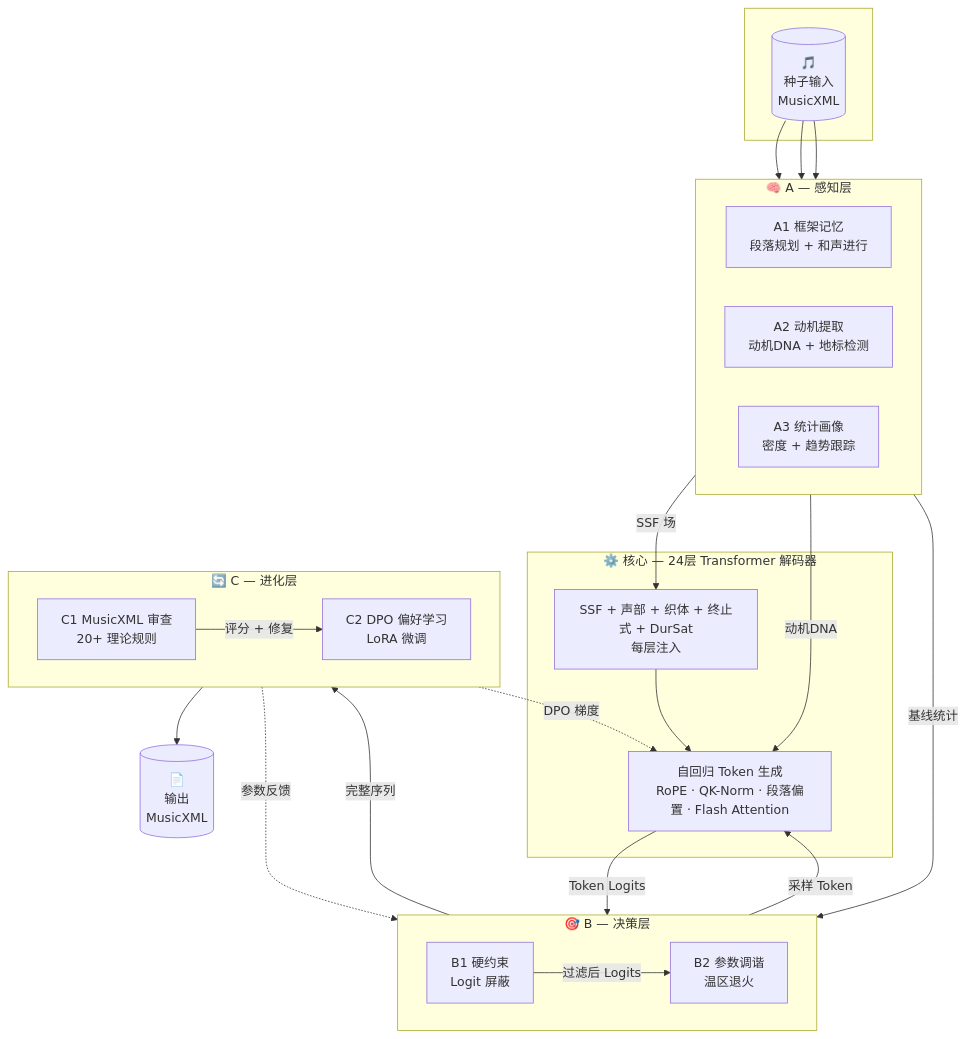
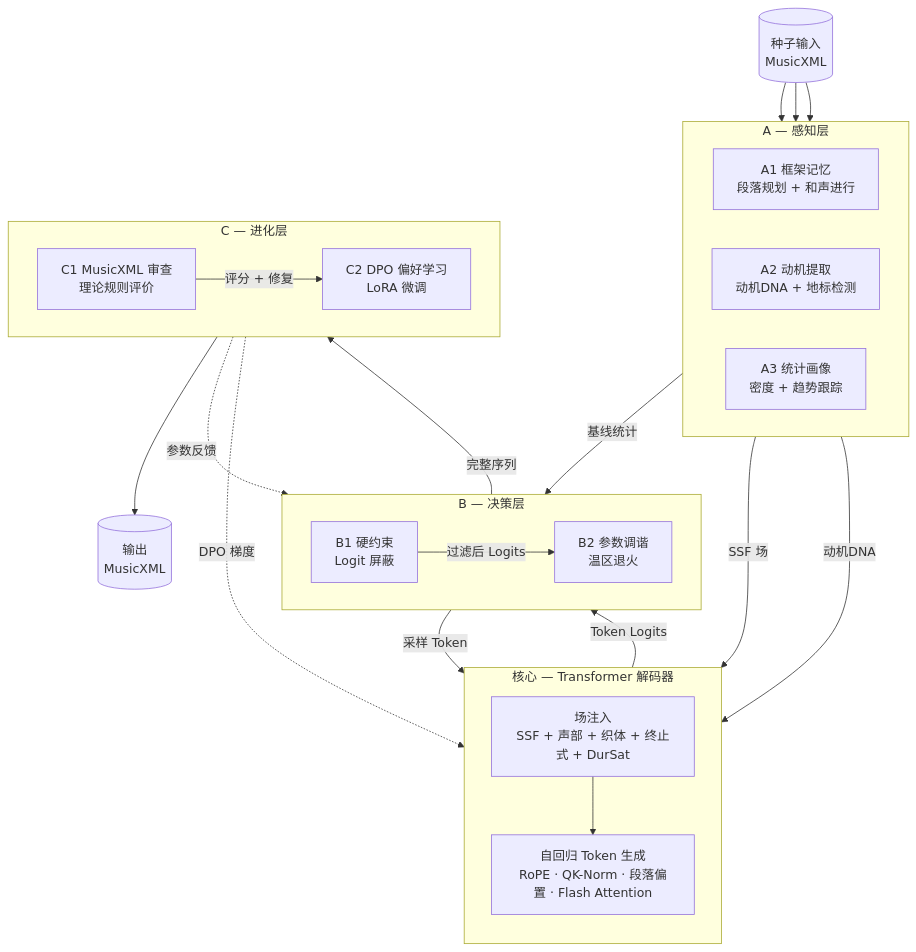
Before and after one commit to Derancarls/Chopinote-AI: the ninth of 12 diagrams in README.md, drawn with Mermaid. The commit also changed other lines of this file, not shown here.

Commit message:
v0.3.3-pre2: fix Mermaid syntax, remove LMDB/data-pipeline from README

````diff
--- a/README.md
+++ b/README.md
@@ -513,51 +419,50 @@
 ```mermaid
 flowchart TB
-    subgraph " "
-        SEED[("🎵<br/>种子输入<br/>MusicXML")]
-    end
+    SEED[("种子输入<br/>MusicXML")]
 
-    subgraph A["🧠 A — 感知层"]
+    subgraph A["A — 感知层"]
         direction LR
         A1["A1 框架记忆<br/>段落规划 + 和声进行"]
         A2["A2 动机提取<br/>动机DNA + 地标检测"]
         A3["A3 统计画像<br/>密度 + 趋势跟踪"]
     end
 
-    subgraph CORE["⚙️ 核心 — 24层 Transformer 解码器"]
-        INJ["SSF + 声部 + 织体 + 终止式 + DurSat<br/>每层注入"]
+    subgraph CORE["核心 — Transformer 解码器"]
+        direction TB
+        INJ["场注入<br/>SSF + 声部 + 织体 + 终止式 + DurSat"]
         TRANS["自回归 Token 生成<br/>RoPE · QK-Norm · 段落偏置 · Flash Attention"]
     end
 
-    subgraph B["🎯 B — 决策层"]
+    subgraph B["B — 决策层"]
         direction LR
         B1["B1 硬约束<br/>Logit 屏蔽"]
         B2["B2 参数调谐<br/>温区退火"]
     end
 
-    subgraph C["🔄 C — 进化层"]
+    subgraph C["C — 进化层"]
         direction LR
-        C1["C1 MusicXML 审查<br/>20+ 理论规则"]
+        C1["C1 MusicXML 审查<br/>理论规则评价"]
         C2["C2 DPO 偏好学习<br/>LoRA 微调"]
     end
 
-    OUT[("📄<br/>输出<br/>MusicXML")]
+    OUT[("输出<br/>MusicXML")]
 
     SEED --> A1
     SEED --> A2
     SEED --> A3
 
     A1 -->|"SSF 场"| INJ
     A2 -->|"动机DNA"| TRANS
     A3 -->|"基线统计"| B1
 
     INJ --> TRANS
     TRANS -->|"Token Logits"| B1
     B1 -->|"过滤后 Logits"| B2
     B2 -->|"采样 Token"| TRANS
     B2 -->|"完整序列"| C1
 
     C1 -->|"评分 + 修复"| C2
     C1 --> OUT
     C2 -.->|"DPO 梯度"| TRANS
     C2 -.->|"参数反馈"| B2
 ```
````
